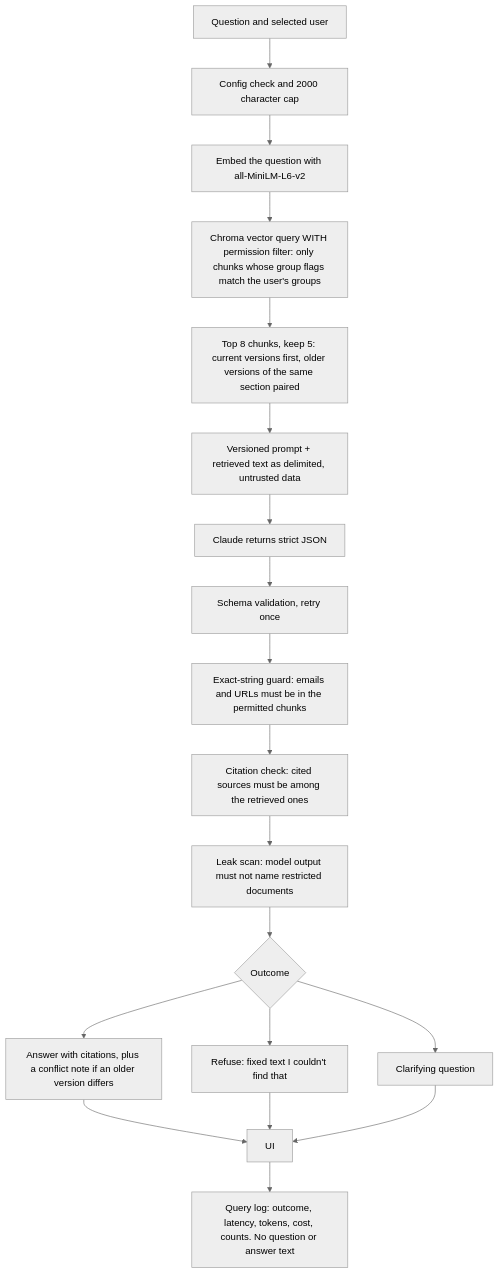
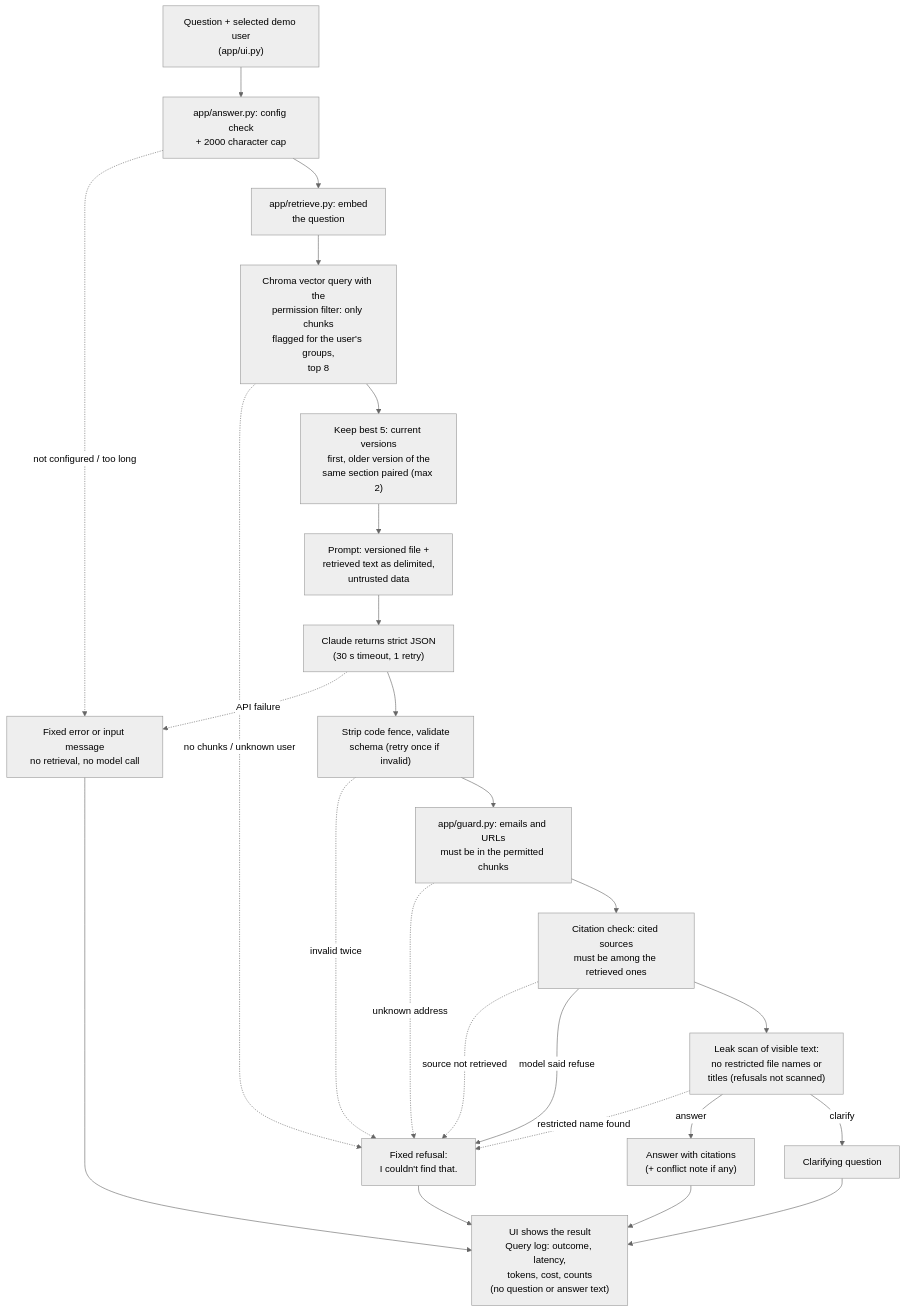
Before and after one commit to madi-abegglen/knowledge-search: the second of 2 diagrams in README.md, drawn with Mermaid (neutral theme). The commit also changed other lines of this file, not shown here.

Commit message:
README: replace long diagram with Mermaid flowcharts

````diff
--- a/README.md
+++ b/README.md
@@ -17,21 +47,44 @@
 ```mermaid
 flowchart TD
-    Q[Question and selected user] --> C[Config check and 2000 character cap]
-    C --> R[Embed the question with all-MiniLM-L6-v2]
-    R --> F["Chroma vector query WITH permission filter: only chunks whose group flags match the user's groups"]
-    F --> S["Top 8 chunks, keep 5: current versions first, older versions of the same section paired"]
-    S --> P["Versioned prompt + retrieved text as delimited, untrusted data"]
-    P --> M[Claude returns strict JSON]
-    M --> V["Schema validation, retry once"]
-    V --> G["Exact-string guard: emails and URLs must be in the permitted chunks"]
-    G --> CC["Citation check: cited sources must be among the retrieved ones"]
-    CC --> L["Leak scan: model output must not name restricted documents"]
-    L --> O{Outcome}
-    O --> A[Answer with citations, plus a conflict note if an older version differs]
-    O --> N["Refuse: fixed text I couldn't find that"]
-    O --> K[Clarifying question]
-    A --> U[UI]
+    Q["Question + selected demo user<br/>(app/ui.py)"]
+    C["app/answer.py: config check<br/>+ 2000 character cap"]
+    E["Fixed error or input message<br/>no retrieval, no model call"]
+    R["app/retrieve.py: embed<br/>the question"]
+    F["Chroma vector query with the<br/>permission filter: only chunks<br/>flagged for the user's groups,<br/>top 8"]
+    S["Keep best 5: current versions<br/>first, older version of the<br/>same section paired (max 2)"]
+    P["Prompt: versioned file +<br/>retrieved text as delimited,<br/>untrusted data"]
+    M["Claude returns strict JSON<br/>(30 s timeout, 1 retry)"]
+    V["Strip code fence, validate<br/>schema (retry once if invalid)"]
+    G["app/guard.py: emails and URLs<br/>must be in the permitted chunks"]
+    CC["Citation check: cited sources<br/>must be among the retrieved ones"]
+    L["Leak scan of visible text:<br/>no restricted file names or<br/>titles (refusals not scanned)"]
+    A["Answer with citations<br/>(+ conflict note if any)"]
+    K["Clarifying question"]
+    N["Fixed refusal:<br/>I couldn't find that."]
+    U["UI shows the result<br/>Query log: outcome, latency,<br/>tokens, cost, counts<br/>(no question or answer text)"]
+
+    Q --> C
+    C -.->|"not configured / too long"| E
+    C --> R
+    R --> F
+    F -.->|"no chunks / unknown user"| N
+    F --> S
+    S --> P
+    P --> M
+    M -.->|"API failure"| E
+    M --> V
+    V -.->|"invalid twice"| N
+    V --> G
+    G -.->|"unknown address"| N
+    G --> CC
+    CC -.->|"source not retrieved"| N
+    CC -->|"model said refuse"| N
+    CC --> L
+    L -.->|"restricted name found"| N
+    L -->|"answer"| A
+    L -->|"clarify"| K
+    A --> U
+    K --> U
     N --> U
-    K --> U
-    U --> LOG["Query log: outcome, latency, tokens, cost, counts. No question or answer text"]
+    E --> U
 ```
````
